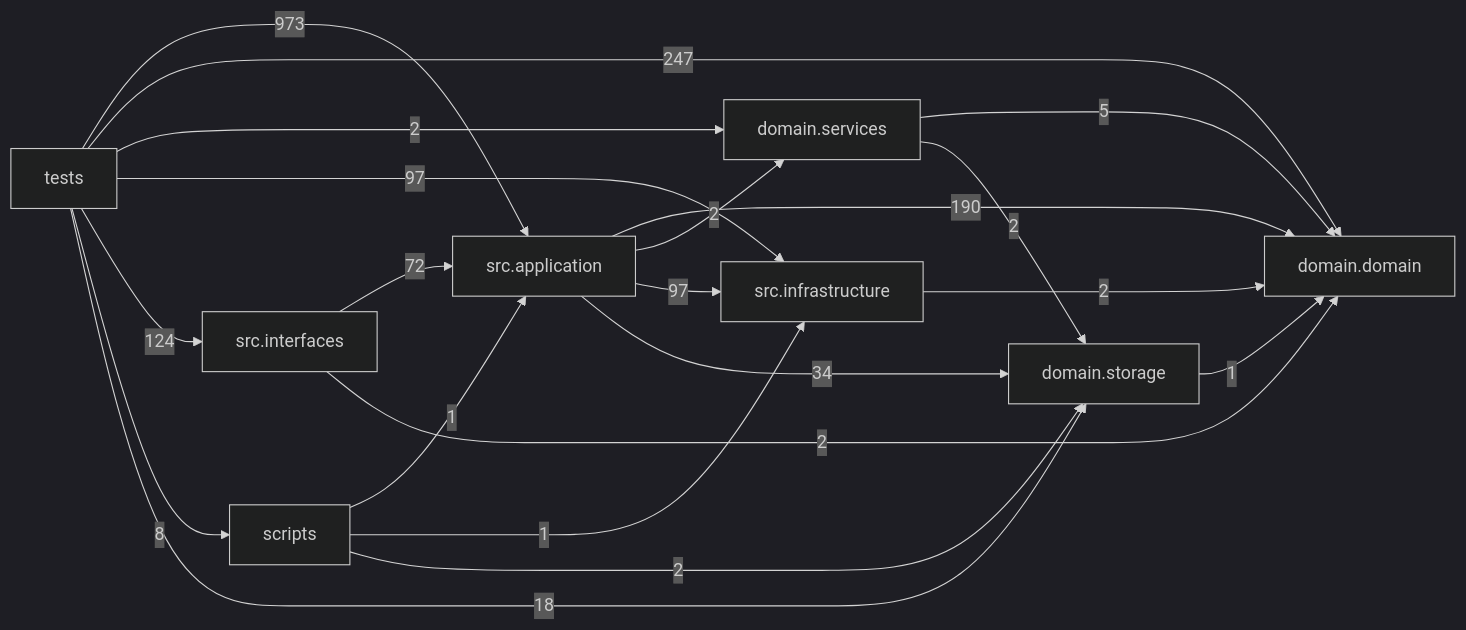
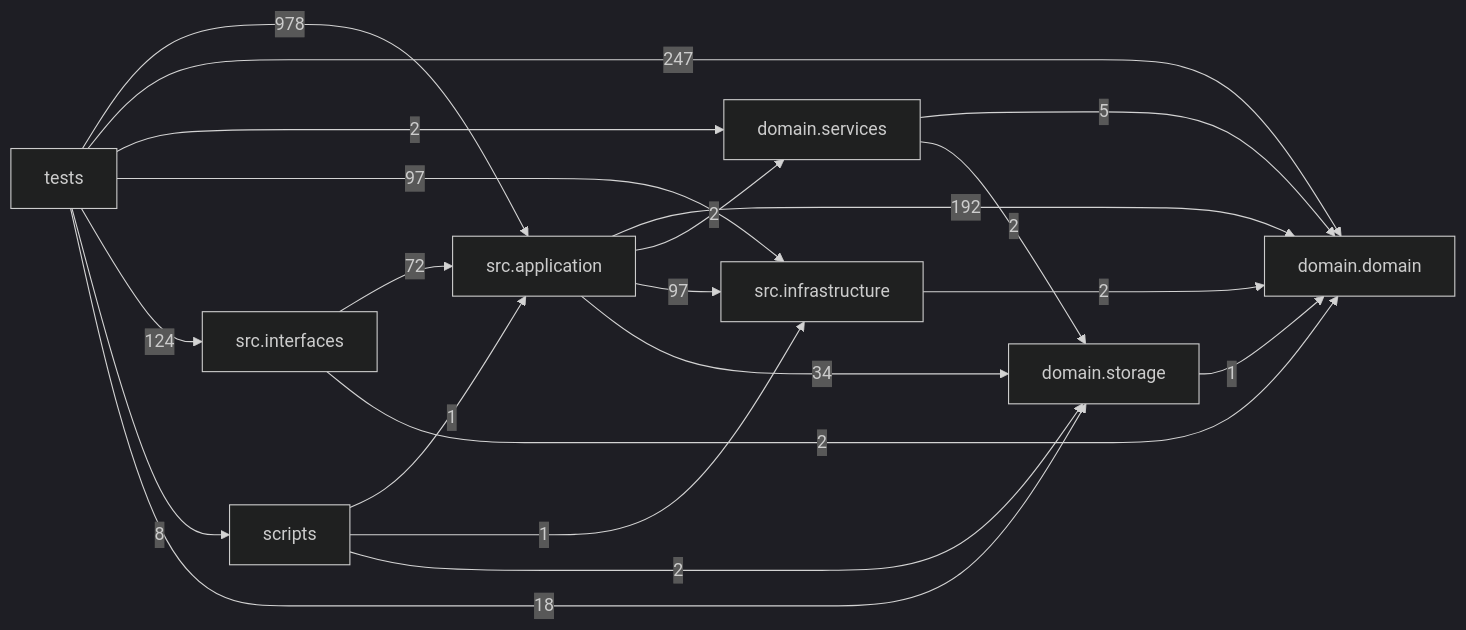
The diagram in docs/DEPENDENCY_GRAPH.md (liuxie066/options-monitor), drawn with Mermaid (dark theme) before and after one commit. The commit also changed other lines of this file and 28 other files, not shown here.

````diff
--- a/docs/DEPENDENCY_GRAPH.md
+++ b/docs/DEPENDENCY_GRAPH.md
@@ -24,31 +24,31 @@
 ```mermaid
 flowchart LR
   tests["tests"]
   scripts["scripts"]
   interfaces["src.interfaces"]
   application["src.application"]
   infrastructure["src.infrastructure"]
   domain_services["domain.services"]
   domain["domain.domain"]
   storage["domain.storage"]
-  application -->|190| domain
+  application -->|192| domain
   application -->|2| domain_services
   application -->|97| infrastructure
   application -->|34| storage
   domain_services -->|5| domain
   domain_services -->|2| storage
   infrastructure -->|2| domain
   interfaces -->|72| application
   interfaces -->|2| domain
   scripts -->|1| application
   scripts -->|1| infrastructure
   scripts -->|2| storage
   storage -->|1| domain
-  tests -->|973| application
+  tests -->|978| application
   tests -->|247| domain
   tests -->|2| domain_services
   tests -->|97| infrastructure
   tests -->|124| interfaces
   tests -->|8| scripts
   tests -->|18| storage
 ```
````
